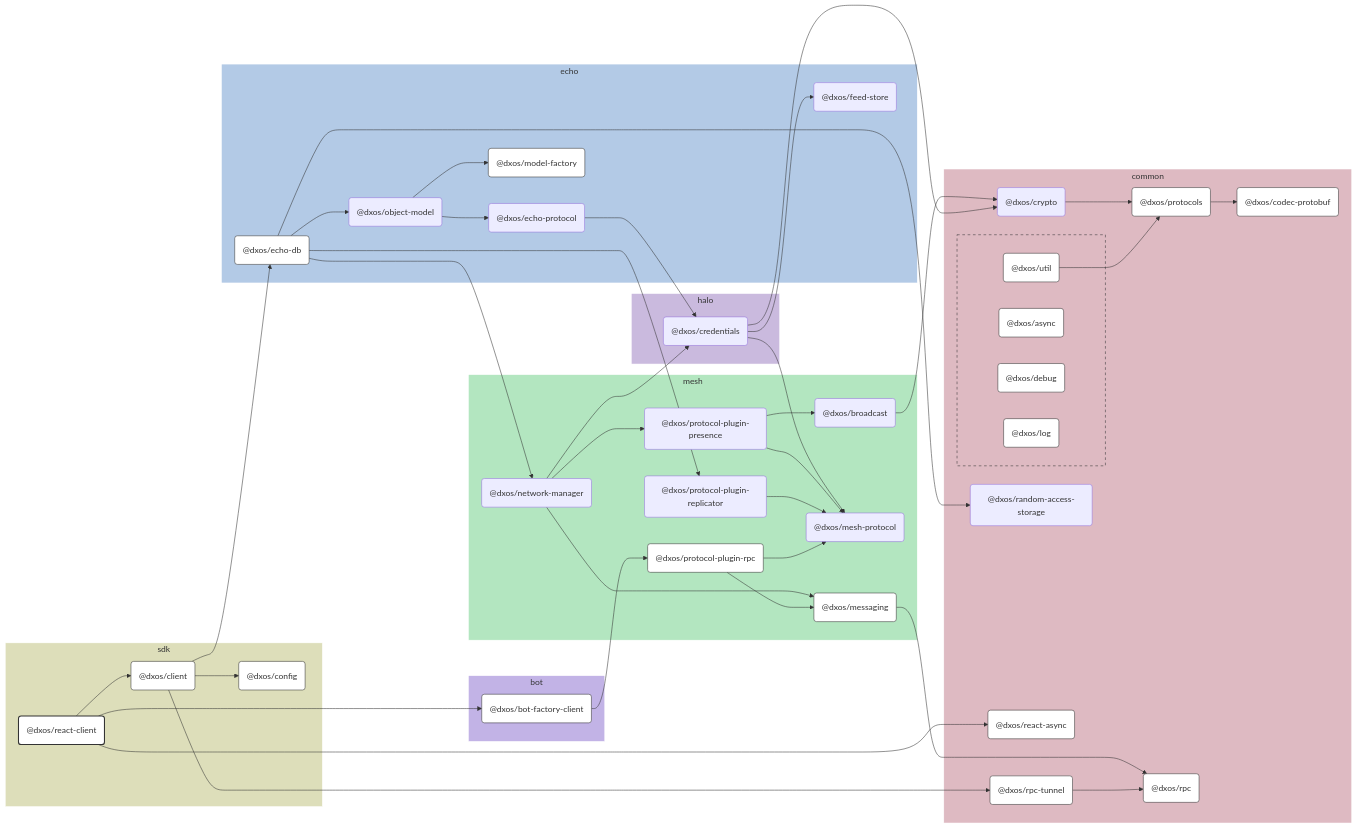
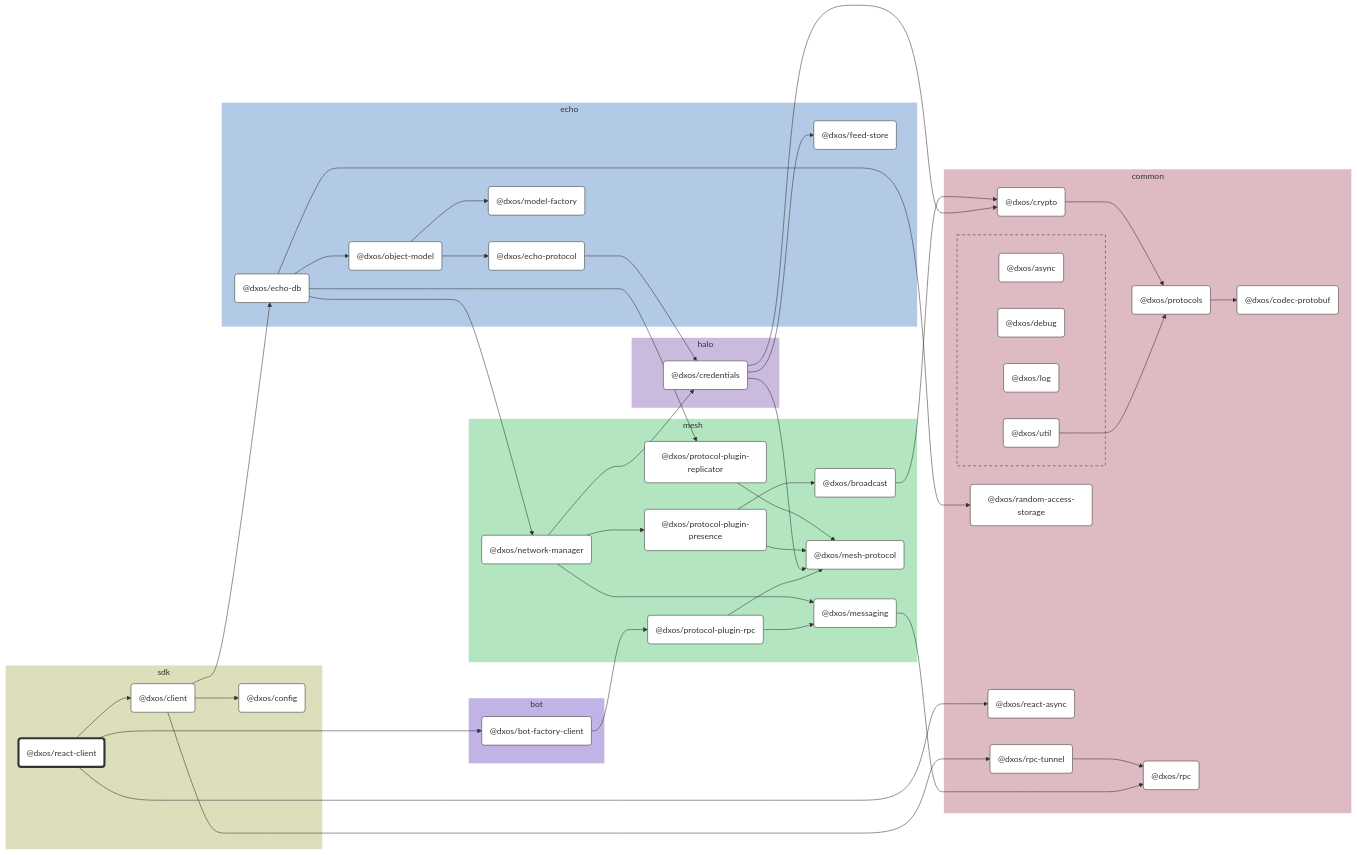
The diagram in packages/sdk/react-client/docs/README.md (dxos/dxos), drawn with Mermaid before and after one commit. The commit also changed other lines of this file and 104 other files, not shown here.

````diff
--- a/packages/sdk/react-client/docs/README.md
+++ b/packages/sdk/react-client/docs/README.md
@@ -9,143 +9,127 @@
 
 flowchart LR
 
-%% Links
-dxos/bot-factory-client --> dxos/protocol-plugin-rpc;
-dxos/broadcast --> dxos/crypto;
-dxos/client --> dxos/config;
-dxos/client --> dxos/echo-db;
-dxos/client --> dxos/rpc-tunnel;
-dxos/credentials --> dxos/crypto;
-dxos/credentials --> dxos/feed-store;
-dxos/credentials --> dxos/mesh-protocol;
-dxos/crypto --> dxos/protocols;
-dxos/echo-db --> dxos/network-manager;
-dxos/echo-db --> dxos/object-model;
-dxos/echo-db --> dxos/protocol-plugin-replicator;
-dxos/echo-db --> dxos/random-access-storage;
-dxos/echo-protocol --> dxos/credentials;
-dxos/messaging --> dxos/rpc;
-dxos/network-manager --> dxos/credentials;
-dxos/network-manager --> dxos/messaging;
-dxos/network-manager --> dxos/protocol-plugin-presence;
-dxos/object-model --> dxos/echo-protocol;
-dxos/object-model --> dxos/model-factory;
-dxos/protocol-plugin-presence --> dxos/broadcast;
-dxos/protocol-plugin-presence --> dxos/mesh-protocol;
-dxos/protocol-plugin-replicator --> dxos/mesh-protocol;
-dxos/protocol-plugin-rpc --> dxos/mesh-protocol;
-dxos/protocol-plugin-rpc --> dxos/messaging;
-dxos/protocols --> dxos/codec-protobuf;
-dxos/react-client --> dxos/bot-factory-client;
-dxos/react-client --> dxos/client;
-dxos/react-client --> dxos/react-async;
-dxos/rpc-tunnel --> dxos/rpc;
-dxos/util --> dxos/protocols;
+%% Classes
+classDef def fill:#fff,stroke:#333,stroke-width:1px
+classDef root fill:#fff,stroke:#333,stroke-width:4px
 
-%% Sections
-subgraph sdk
-  style sdk fill:#dddeba,stroke:#fff;
+%% Nodes
 
-  dxos/client("@dxos/client")
-  dxos/config("@dxos/config")
-  dxos/react-client("@dxos/react-client")
+subgraph sdk [sdk]
+  style sdk fill:#dddeba,stroke:#fff
+  dxos/react-client("@dxos/react-client"):::root
+  click dxos/react-client "dxos/dxos/tree/main/packages/sdk/react-client/docs"
+  dxos/client("@dxos/client"):::def
+  click dxos/client "dxos/dxos/tree/main/packages/sdk/client/docs"
+  dxos/config("@dxos/config"):::def
+  click dxos/config "dxos/dxos/tree/main/packages/sdk/config/docs"
 end
 
-subgraph common
-  style common fill:#debac2,stroke:#fff;
-
-  dxos/codec-protobuf("@dxos/codec-protobuf")
-  dxos/crypto("@dxos/crypto")
-  dxos/protocols("@dxos/protocols")
-  dxos/random-access-storage("@dxos/random-access-storage")
-  dxos/react-async("@dxos/react-async")
-  dxos/rpc("@dxos/rpc")
-  dxos/rpc-tunnel("@dxos/rpc-tunnel")
+subgraph common [common]
+  style common fill:#debac2,stroke:#fff
+  dxos/codec-protobuf("@dxos/codec-protobuf"):::def
+  click dxos/codec-protobuf "dxos/dxos/tree/main/packages/common/codec-protobuf/docs"
+  dxos/protocols("@dxos/protocols"):::def
+  click dxos/protocols "dxos/dxos/tree/main/packages/common/protocols/docs"
+  dxos/rpc("@dxos/rpc"):::def
+  click dxos/rpc "dxos/dxos/tree/main/packages/common/rpc/docs"
+  dxos/crypto("@dxos/crypto"):::def
+  click dxos/crypto "dxos/dxos/tree/main/packages/common/crypto/docs"
+  dxos/random-access-storage("@dxos/random-access-storage"):::def
+  click dxos/random-access-storage "dxos/dxos/tree/main/packages/common/random-access-storage/docs"
+  dxos/rpc-tunnel("@dxos/rpc-tunnel"):::def
+  click dxos/rpc-tunnel "dxos/dxos/tree/main/packages/common/rpc-tunnel/docs"
+  dxos/react-async("@dxos/react-async"):::def
+  click dxos/react-async "dxos/dxos/tree/main/packages/common/react-async/docs"
 
   subgraph common-excluded [ ]
-    style common-excluded fill:#debac2,stroke:#333,stroke-dasharray:5 5;
-
-    dxos/async("@dxos/async")
-    dxos/debug("@dxos/debug")
-    dxos/log("@dxos/log")
-    dxos/util("@dxos/util")
+    style common-excluded fill:#debac2,stroke:#333,stroke-dasharray:5 5
+    dxos/async("@dxos/async"):::def
+    click dxos/async "dxos/dxos/tree/main/packages/common/async/docs"
+    dxos/debug("@dxos/debug"):::def
+    click dxos/debug "dxos/dxos/tree/main/packages/common/debug/docs"
+    dxos/log("@dxos/log"):::def
+    click dxos/log "dxos/dxos/tree/main/packages/common/log/docs"
+    dxos/util("@dxos/util"):::def
+    click dxos/util "dxos/dxos/tree/main/packages/common/util/docs"
   end
 end
 
-subgraph bot
-  style bot fill:#c2b3e6,stroke:#fff;
-
-  dxos/bot-factory-client("@dxos/bot-factory-client")
+subgraph bot [bot]
+  style bot fill:#c2b3e6,stroke:#fff
+  dxos/bot-factory-client("@dxos/bot-factory-client"):::def
+  click dxos/bot-factory-client "dxos/dxos/tree/main/packages/bot/bot-factory-client/docs"
 end
 
-subgraph mesh
-  style mesh fill:#b3e6c0,stroke:#fff;
-
-  dxos/broadcast("@dxos/broadcast")
-  dxos/mesh-protocol("@dxos/mesh-protocol")
-  dxos/messaging("@dxos/messaging")
-  dxos/network-manager("@dxos/network-manager")
-  dxos/protocol-plugin-presence("@dxos/protocol-plugin-presence")
-  dxos/protocol-plugin-replicator("@dxos/protocol-plugin-replicator")
-  dxos/protocol-plugin-rpc("@dxos/protocol-plugin-rpc")
+subgraph mesh [mesh]
+  style mesh fill:#b3e6c0,stroke:#fff
+  dxos/protocol-plugin-rpc("@dxos/protocol-plugin-rpc"):::def
+  click dxos/protocol-plugin-rpc "dxos/dxos/tree/main/packages/mesh/protocol-plugin-rpc/docs"
+  dxos/messaging("@dxos/messaging"):::def
+  click dxos/messaging "dxos/dxos/tree/main/packages/mesh/messaging/docs"
+  dxos/mesh-protocol("@dxos/mesh-protocol"):::def
+  click dxos/mesh-protocol "dxos/dxos/tree/main/packages/mesh/mesh-protocol/docs"
+  dxos/network-manager("@dxos/network-manager"):::def
+  click dxos/network-manager "dxos/dxos/tree/main/packages/mesh/network-manager/docs"
+  dxos/protocol-plugin-presence("@dxos/protocol-plugin-presence"):::def
+  click dxos/protocol-plugin-presence "dxos/dxos/tree/main/packages/mesh/protocol-plugin-presence/docs"
+  dxos/broadcast("@dxos/broadcast"):::def
+  click dxos/broadcast "dxos/dxos/tree/main/packages/mesh/broadcast/docs"
+  dxos/protocol-plugin-replicator("@dxos/protocol-plugin-replicator"):::def
+  click dxos/protocol-plugin-replicator "dxos/dxos/tree/main/packages/mesh/protocol-plugin-replicator/docs"
 end
 
-subgraph echo
-  style echo fill:#b3cae6,stroke:#fff;
-
-  dxos/echo-db("@dxos/echo-db")
-  dxos/echo-protocol("@dxos/echo-protocol")
-  dxos/feed-store("@dxos/feed-store")
-  dxos/model-factory("@dxos/model-factory")
-  dxos/object-model("@dxos/object-model")
+subgraph echo [echo]
+  style echo fill:#b3cae6,stroke:#fff
+  dxos/echo-db("@dxos/echo-db"):::def
+  click dxos/echo-db "dxos/dxos/tree/main/packages/echo/echo-db/docs"
+  dxos/feed-store("@dxos/feed-store"):::def
+  click dxos/feed-store "dxos/dxos/tree/main/packages/echo/feed-store/docs"
+  dxos/echo-protocol("@dxos/echo-protocol"):::def
+  click dxos/echo-protocol "dxos/dxos/tree/main/packages/echo/echo-protocol/docs"
+  dxos/model-factory("@dxos/model-factory"):::def
+  click dxos/model-factory "dxos/dxos/tree/main/packages/echo/model-factory/docs"
+  dxos/object-model("@dxos/object-model"):::def
+  click dxos/object-model "dxos/dxos/tree/main/packages/echo/object-model/docs"
 end
 
-subgraph halo
-  style halo fill:#cabade,stroke:#fff;
-
-  dxos/credentials("@dxos/credentials")
+subgraph halo [halo]
+  style halo fill:#cabade,stroke:#fff
+  dxos/credentials("@dxos/credentials"):::def
+  click dxos/credentials "dxos/dxos/tree/main/packages/halo/credentials/docs"
 end
 
-
-%% Hyperlinks
-click dxos/async "dxos/dxos/tree/main/packages/common/async/docs";
-click dxos/bot-factory-client "dxos/dxos/tree/main/packages/bot/bot-factory-client/docs";
-click dxos/client "dxos/dxos/tree/main/packages/sdk/client/docs";
-click dxos/codec-protobuf "dxos/dxos/tree/main/packages/common/codec-protobuf/docs";
-click dxos/config "dxos/dxos/tree/main/packages/sdk/config/docs";
-click dxos/debug "dxos/dxos/tree/main/packages/common/debug/docs";
-click dxos/echo-db "dxos/dxos/tree/main/packages/echo/echo-db/docs";
-click dxos/log "dxos/dxos/tree/main/packages/common/log/docs";
-click dxos/messaging "dxos/dxos/tree/main/packages/mesh/messaging/docs";
-click dxos/model-factory "dxos/dxos/tree/main/packages/echo/model-factory/docs";
-click dxos/protocol-plugin-rpc "dxos/dxos/tree/main/packages/mesh/protocol-plugin-rpc/docs";
-click dxos/protocols "dxos/dxos/tree/main/packages/common/protocols/docs";
-click dxos/react-async "dxos/dxos/tree/main/packages/common/react-async/docs";
-click dxos/rpc "dxos/dxos/tree/main/packages/common/rpc/docs";
-click dxos/rpc-tunnel "dxos/dxos/tree/main/packages/common/rpc-tunnel/docs";
-click dxos/util "dxos/dxos/tree/main/packages/common/util/docs";
-
-%% Styles
-classDef rootNode fill:#fff,stroke:#333,stroke-width:2px
-classDef defaultNode fill:#fff,stroke:#333,stroke-width:1px
+%% Links
 linkStyle default stroke:#333,stroke-width:1px
-
-dxos/react-client:::rootNode
-
-dxos/async:::defaultNode
-dxos/bot-factory-client:::defaultNode
-dxos/client:::defaultNode
-dxos/codec-protobuf:::defaultNode
-dxos/config:::defaultNode
-dxos/debug:::defaultNode
-dxos/echo-db:::defaultNode
-dxos/log:::defaultNode
-dxos/messaging:::defaultNode
-dxos/model-factory:::defaultNode
-dxos/protocol-plugin-rpc:::defaultNode
-dxos/protocols:::defaultNode
-dxos/react-async:::defaultNode
-dxos/rpc:::defaultNode
-dxos/rpc-tunnel:::defaultNode
-dxos/util:::defaultNode
+dxos/react-client --> dxos/bot-factory-client
+dxos/bot-factory-client --> dxos/protocol-plugin-rpc
+dxos/protocol-plugin-rpc --> dxos/messaging
+dxos/protocols --> dxos/codec-protobuf
+dxos/messaging --> dxos/rpc
+dxos/util --> dxos/protocols
+dxos/protocol-plugin-rpc --> dxos/mesh-protocol
+dxos/react-client --> dxos/client
+dxos/client --> dxos/config
+dxos/client --> dxos/echo-db
+dxos/credentials --> dxos/crypto
+dxos/crypto --> dxos/protocols
+dxos/credentials --> dxos/feed-store
+dxos/credentials --> dxos/mesh-protocol
+dxos/echo-protocol --> dxos/credentials
+dxos/echo-db --> dxos/network-manager
+dxos/network-manager --> dxos/credentials
+dxos/network-manager --> dxos/messaging
+dxos/network-manager --> dxos/protocol-plugin-presence
+dxos/protocol-plugin-presence --> dxos/broadcast
+dxos/broadcast --> dxos/crypto
+dxos/protocol-plugin-presence --> dxos/mesh-protocol
+dxos/echo-db --> dxos/object-model
+dxos/object-model --> dxos/echo-protocol
+dxos/object-model --> dxos/model-factory
+dxos/echo-db --> dxos/protocol-plugin-replicator
+dxos/protocol-plugin-replicator --> dxos/mesh-protocol
+dxos/echo-db --> dxos/random-access-storage
+dxos/client --> dxos/rpc-tunnel
+dxos/rpc-tunnel --> dxos/rpc
+dxos/react-client --> dxos/react-async
 ```
````
